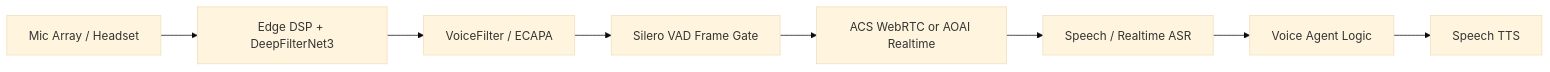
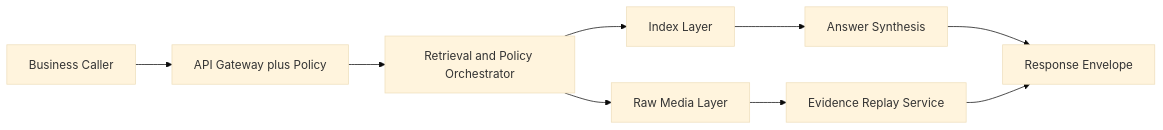
One commit to turbo998/ai-infra-lab changed the first of 2 diagrams in docs/azure-agent-infra/noisy-far-field-voice-agent-edge-deepfilternet-voicefilter-vs-acs-webrtc-speech-vs-aoai-realtime-selection-faq.en.md. Above: the diagram before and after it, drawn with Mermaid (base theme). The commit also changed other lines of this file and 5 other files, not shown here.

````diff
--- a/docs/azure-agent-infra/noisy-far-field-voice-agent-edge-deepfilternet-voicefilter-vs-acs-webrtc-speech-vs-aoai-realtime-selection-faq.en.md
+++ b/docs/azure-agent-infra/noisy-far-field-voice-agent-edge-deepfilternet-voicefilter-vs-acs-webrtc-speech-vs-aoai-realtime-selection-faq.en.md
@@ -40,10 +60,11 @@
 ```mermaid
 flowchart LR
-  Mic[Mic Array / Headset] --> Edge[Edge DSP + DeepFilterNet3]
-  Edge --> VF[VoiceFilter / ECAPA]
-  VF --> VAD[Silero VAD Frame Gate]
-  VAD --> RTC[ACS WebRTC or AOAI Realtime]
-  RTC --> STT[Speech / Realtime ASR]
-  STT --> Agent[Voice Agent Logic]
-  Agent --> TTS[Speech TTS]
+  User[Business Caller] --> Gateway[API Gateway plus Policy]
+  Gateway --> Planner[Retrieval and Policy Orchestrator]
+  Planner --> Index[Index Layer]
+  Planner --> Blob[Raw Media Layer]
+  Index --> Answer[Answer Synthesis]
+  Blob --> Evidence[Evidence Replay Service]
+  Answer --> Output[Response Envelope]
+  Evidence --> Output
 ```
````
